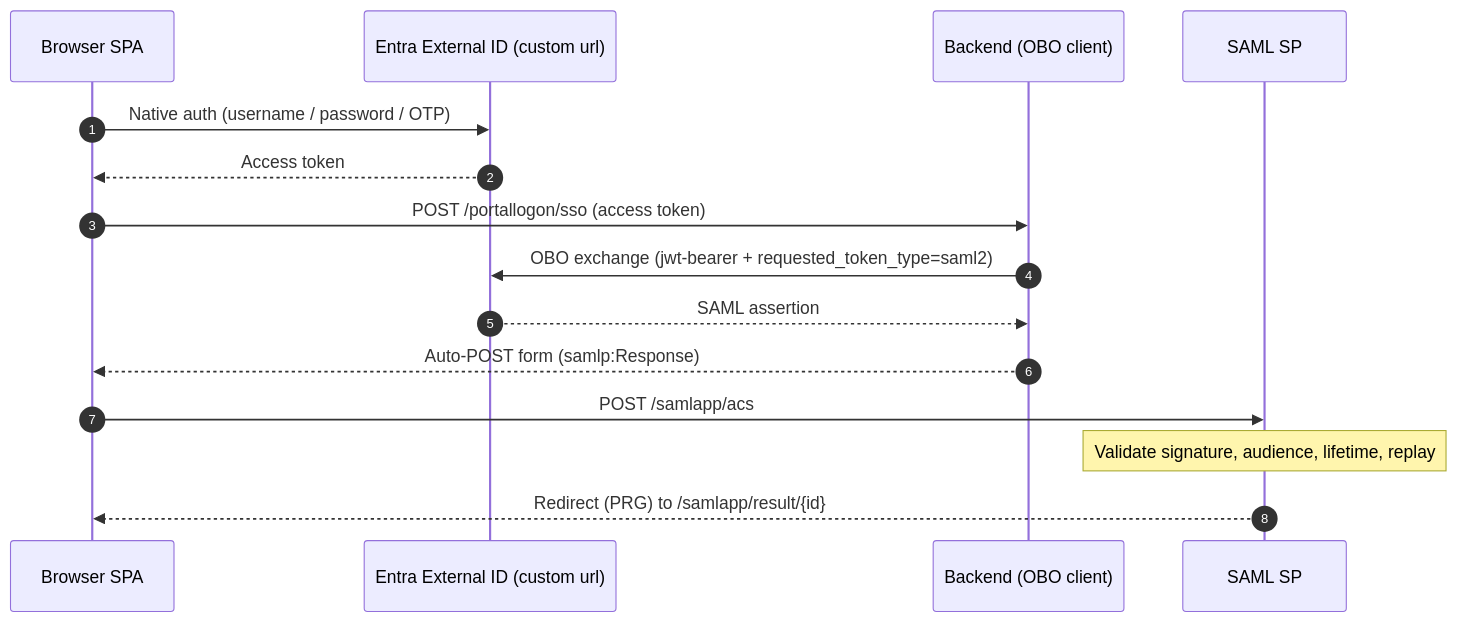
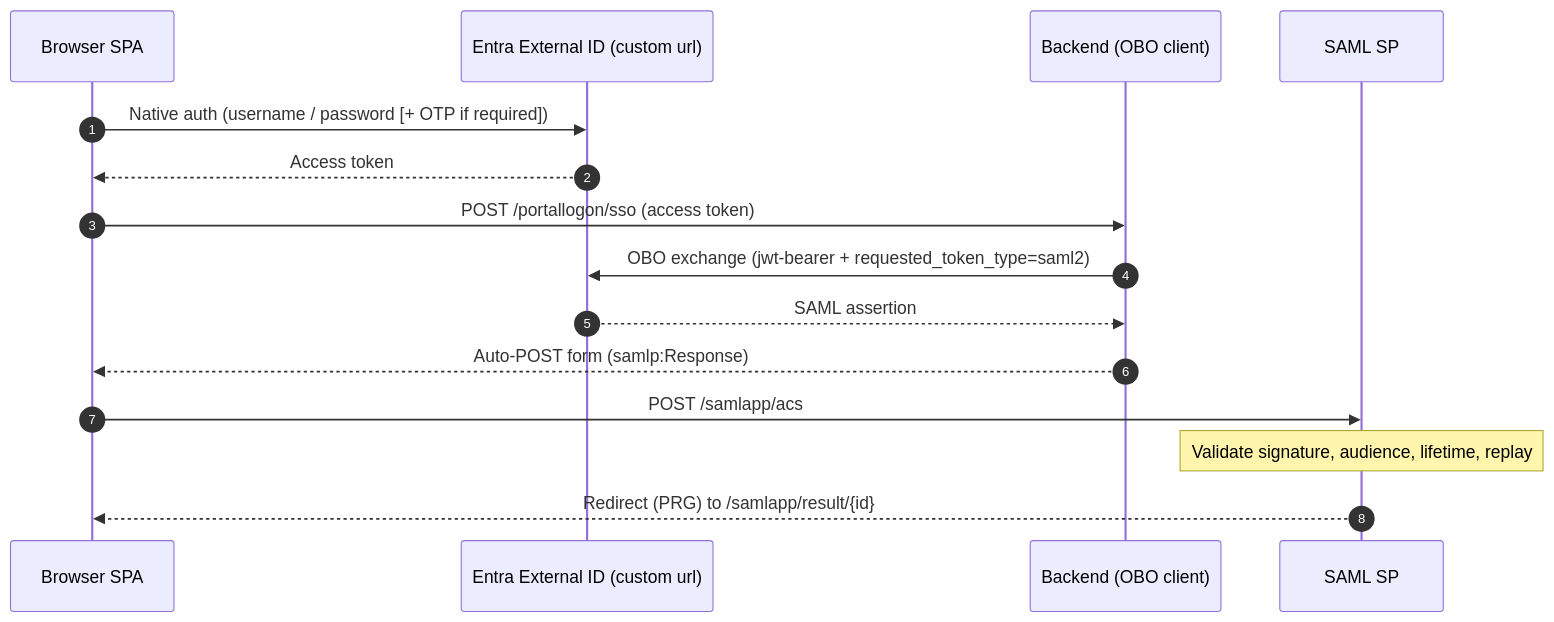
Before and after one commit to randeny/ciam: the diagram in saml_obo_portal/README.md, drawn with Mermaid. The commit also changed other lines of this file, not shown here.

First line of the commit message:
docs(saml_obo_portal): clarify OTP prompt is tenant-policy dependent

````diff
--- a/saml_obo_portal/README.md
+++ b/saml_obo_portal/README.md
@@ -38,20 +40,20 @@
 ```mermaid
 sequenceDiagram
     autonumber
     participant SPA as Browser SPA
     participant Entra as Entra External ID (custom url)
     participant Backend as Backend (OBO client)
     participant SP as SAML SP
 
-    SPA->>Entra: Native auth (username / password / OTP)
+    SPA->>Entra: Native auth (username / password [+ OTP if required])
     Entra-->>SPA: Access token
 
     SPA->>Backend: POST /portallogon/sso (access token)
     Backend->>Entra: OBO exchange (jwt-bearer + requested_token_type=saml2)
     Entra-->>Backend: SAML assertion
     Backend-->>SPA: Auto-POST form (samlp:Response)
 
     SPA->>SP: POST /samlapp/acs
     Note over SP: Validate signature, audience, lifetime, replay
     SP-->>SPA: Redirect (PRG) to /samlapp/result/{id}
 ```
````
